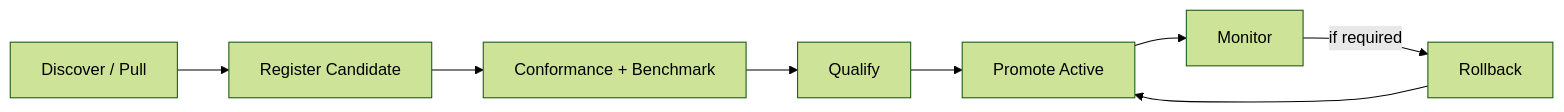
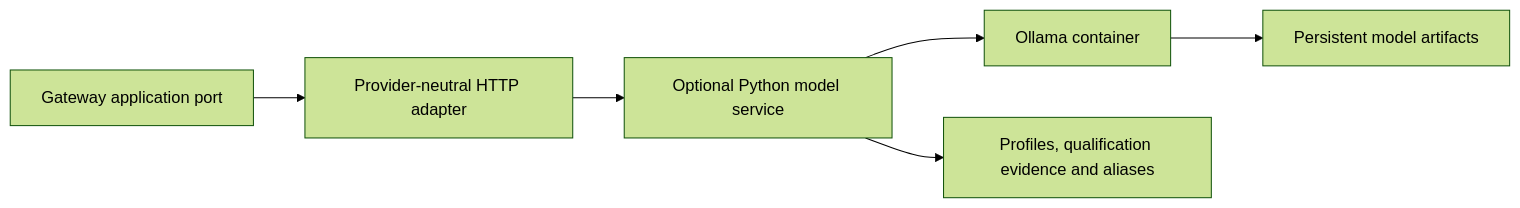
The diagram in docs/local-model-runtime.md (MatthiasBurger-Coder/Cognitive-Gateway), drawn with Mermaid (forest theme) before and after one commit. The commit also changed other lines of this file and 30 other files, not shown here.

First line of the commit message:
feat(models): operate qualified containerized local model service (CG-27.01) (#255)

````diff
--- a/docs/local-model-runtime.md
+++ b/docs/local-model-runtime.md
@@ -64,10 +14,8 @@
 ```mermaid
 flowchart LR
-    D[Discover / Pull] --> C[Register Candidate]
-    C --> B[Conformance + Benchmark]
-    B --> Q[Qualify]
-    Q --> P[Promote Active]
-    P --> M[Monitor]
-    M -->|if required| R[Rollback]
-    R --> P
+    CG[Gateway application port] --> HTTP[Provider-neutral HTTP adapter]
+    HTTP --> S[Optional Python model service]
+    S --> R[Ollama container]
+    S --> P[Profiles, qualification evidence and aliases]
+    R --> V[Persistent model artifacts]
 ```
````
